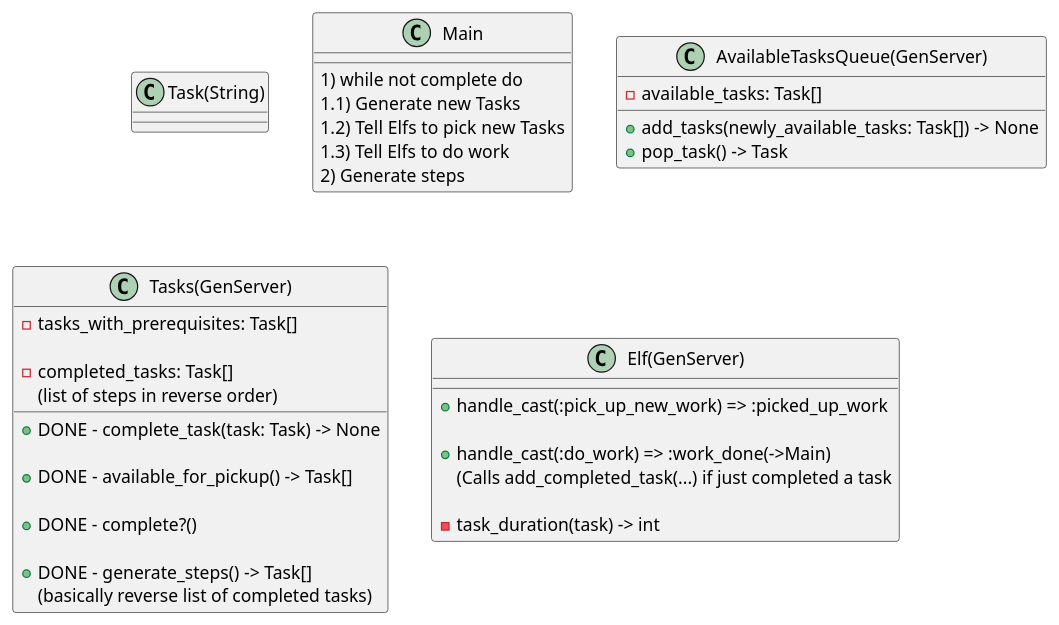
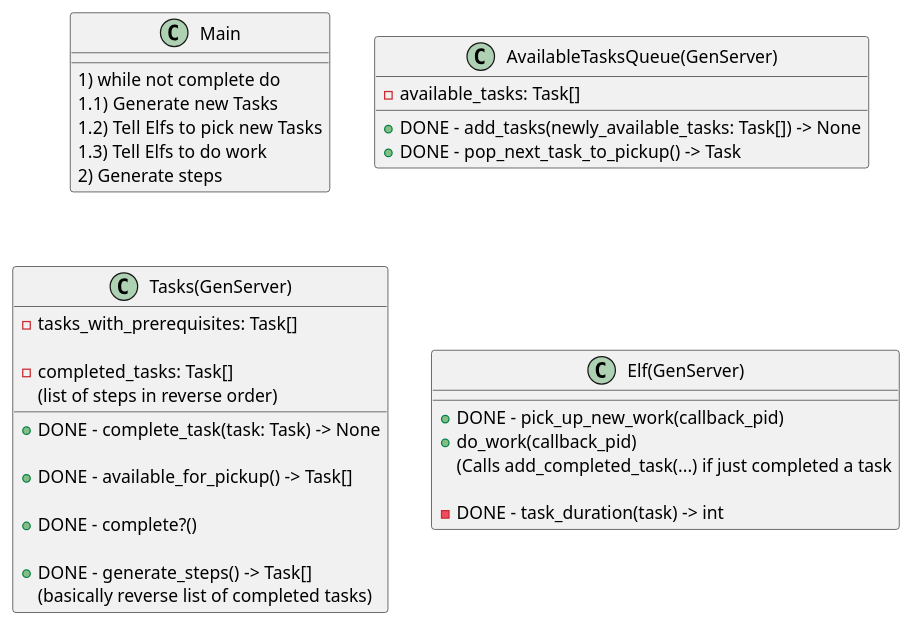
One commit to HelloThisIsFlo/AdventOfCode changed the diagram in 2018/elixir/solutions/lib/solution/day_7_2.puml. Above: the diagram before and after it, drawn with PlantUML. The commit also changed 5 other files, not shown here.

```diff
--- a/2018/elixir/solutions/lib/solution/day_7_2.puml
+++ b/2018/elixir/solutions/lib/solution/day_7_2.puml
@@ -1,46 +1,43 @@
 @startuml Day7.2
 
-
-class Task(String)
 
 class Main {
     1) while not complete do
     1.1) Generate new Tasks
     1.2) Tell Elfs to pick new Tasks
     1.3) Tell Elfs to do work
     2) Generate steps
 }
 
 class AvailableTasksQueue(GenServer) {
     - available_tasks: Task[]
-    + add_tasks(newly_available_tasks: Task[]) -> None
-    + pop_task() -> Task
+    + DONE - add_tasks(newly_available_tasks: Task[]) -> None
+    + DONE - pop_next_task_to_pickup() -> Task
 }
 
 class Tasks(GenServer) {
     - {field} tasks_with_prerequisites: Task[]
 
     - {field} completed_tasks: Task[]
       {field} (list of steps in reverse order)
 
     + DONE - complete_task(task: Task) -> None
 
     + DONE - available_for_pickup() -> Task[]
 
     + DONE - complete?()
     
     + DONE - generate_steps() -> Task[] 
       (basically reverse list of completed tasks)
 }
 
 class Elf(GenServer) {
-    {method} + handle_cast(:pick_up_new_work) => :picked_up_work
-
-    {method} + handle_cast(:do_work) => :work_done(->Main)
+    + DONE - pick_up_new_work(callback_pid)
+    + do_work(callback_pid)
     {method} (Calls add_completed_task(...) if just completed a task
 
-    - task_duration(task) -> int
+    - DONE - task_duration(task) -> int
 }
 
 
 @enduml
```
